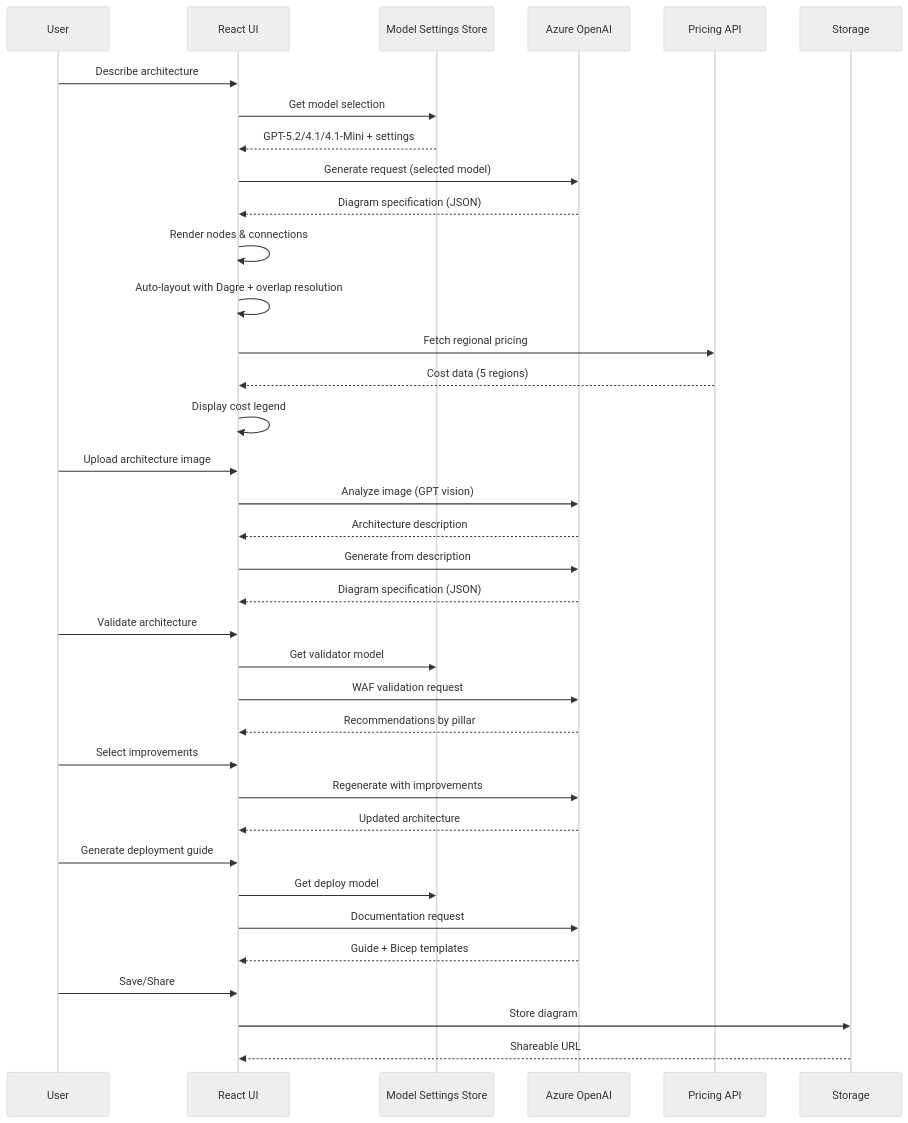
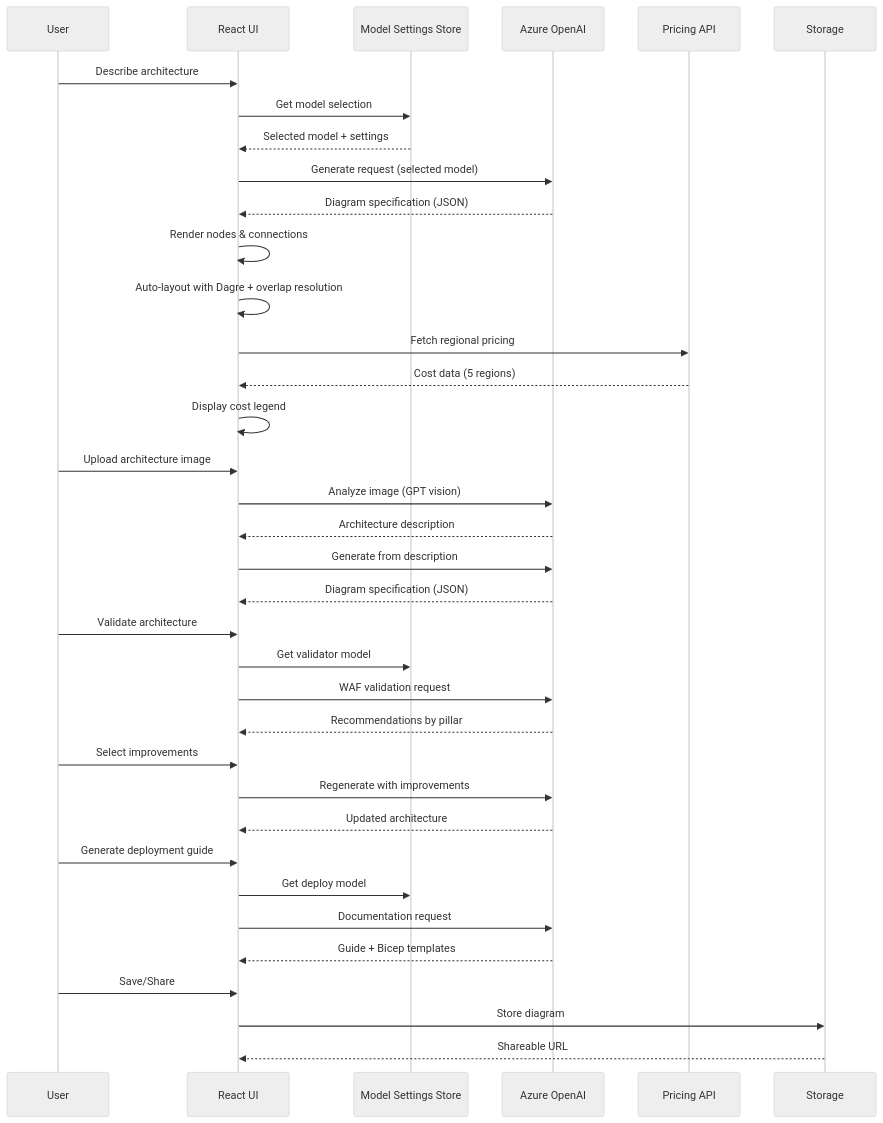
Before and after one commit to Arturo-Quiroga-MSFT/azure-architecture-diagram-builder: the second of 3 diagrams in README.md, drawn with Mermaid (neutral theme). The commit also changed other lines of this file, not shown here.

First line of the commit message:
docs: update README with 6-model support, validation comparison, and new features

````diff
--- a/README.md
+++ b/README.md
@@ -199,43 +213,43 @@
 ```mermaid
 sequenceDiagram
     participant U as User
     participant UI as React UI
     participant MS as Model Settings Store
     participant AI as Azure OpenAI
     participant P as Pricing API
     participant S as Storage
 
     U->>UI: Describe architecture
     UI->>MS: Get model selection
-    MS-->>UI: GPT-5.2/4.1/4.1-Mini + settings
+    MS-->>UI: Selected model + settings
     UI->>AI: Generate request (selected model)
     AI-->>UI: Diagram specification (JSON)
     UI->>UI: Render nodes & connections
     UI->>UI: Auto-layout with Dagre + overlap resolution
     UI->>P: Fetch regional pricing
     P-->>UI: Cost data (5 regions)
     UI->>UI: Display cost legend
     
     U->>UI: Upload architecture image
     UI->>AI: Analyze image (GPT vision)
     AI-->>UI: Architecture description
     UI->>AI: Generate from description
     AI-->>UI: Diagram specification (JSON)
     
     U->>UI: Validate architecture
     UI->>MS: Get validator model
     UI->>AI: WAF validation request
     AI-->>UI: Recommendations by pillar
     U->>UI: Select improvements
     UI->>AI: Regenerate with improvements
     AI-->>UI: Updated architecture
     
     U->>UI: Generate deployment guide
     UI->>MS: Get deploy model
     UI->>AI: Documentation request
     AI-->>UI: Guide + Bicep templates
     
     U->>UI: Save/Share
     UI->>S: Store diagram
     S-->>UI: Shareable URL
 ```
````
